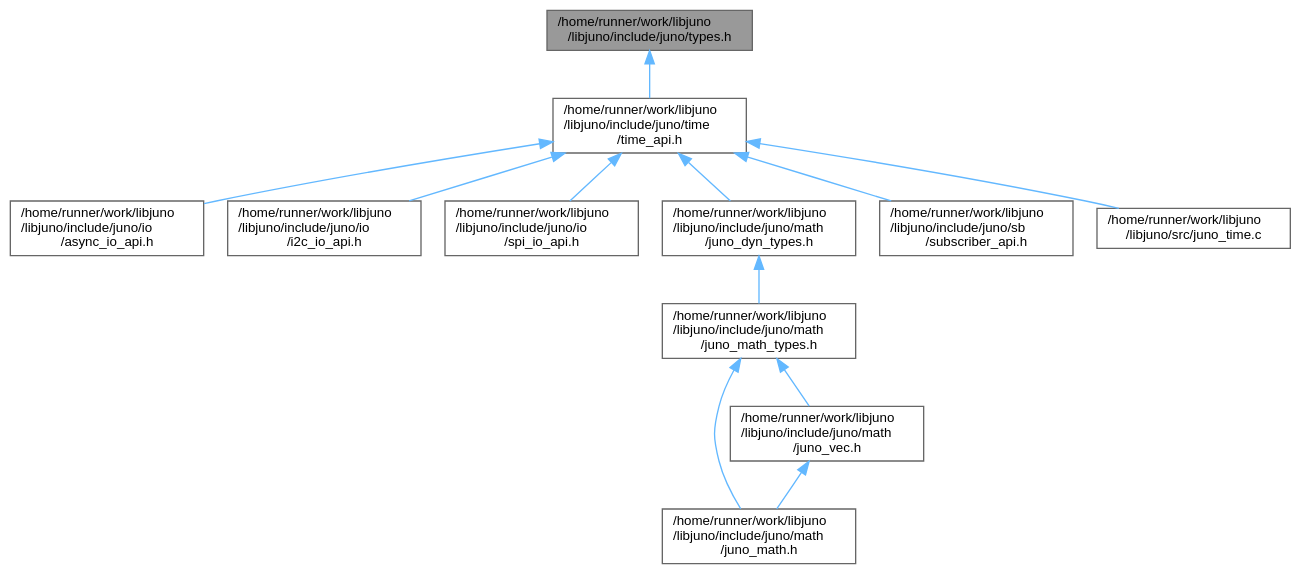
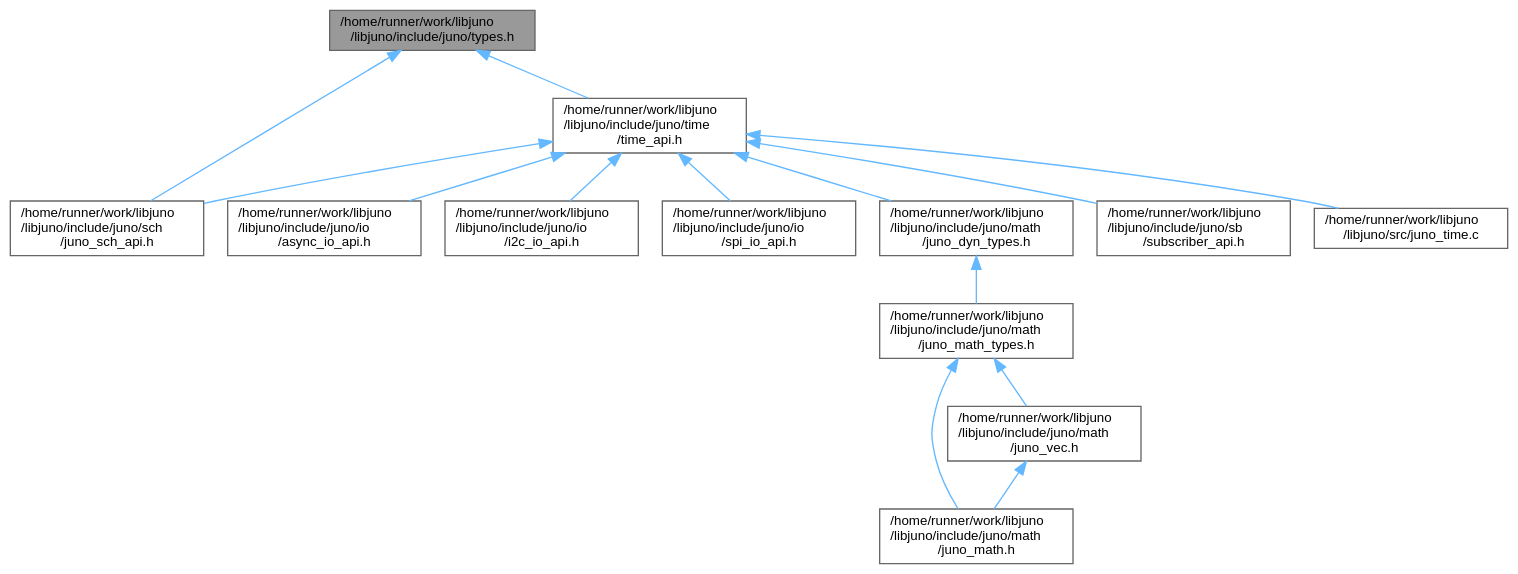
Before and after one commit to robinonsay/libjuno: the diagram in types_8h__dep__incl.dot, drawn with Graphviz. The commit also changed 91 other files, not shown here.

```diff
--- a/types_8h__dep__incl.dot
+++ b/types_8h__dep__incl.dot
@@ -1,29 +1,32 @@
 digraph "/home/runner/work/libjuno/libjuno/include/juno/types.h"
 {
  // LATEX_PDF_SIZE
   bgcolor="transparent";
   edge [fontname=Helvetica,fontsize=10,labelfontname=Helvetica,labelfontsize=10];
   node [fontname=Helvetica,fontsize=10,shape=box,height=0.2,width=0.4];
   Node1 [id="Node000001",label="/home/runner/work/libjuno\l/libjuno/include/juno/types.h",height=0.2,width=0.4,color="gray40", fillcolor="grey60", style="filled", fontcolor="black",tooltip=" "];
   Node1 -> Node2 [id="edge1_Node000001_Node000002",dir="back",color="steelblue1",style="solid",tooltip=" "];
-  Node2 [id="Node000002",label="/home/runner/work/libjuno\l/libjuno/include/juno/time\l/time_api.h",height=0.2,width=0.4,color="grey40", fillcolor="white", style="filled",URL="$time__api_8h.html",tooltip=" "];
-  Node2 -> Node3 [id="edge2_Node000002_Node000003",dir="back",color="steelblue1",style="solid",tooltip=" "];
-  Node3 [id="Node000003",label="/home/runner/work/libjuno\l/libjuno/include/juno/io\l/async_io_api.h",height=0.2,width=0.4,color="grey40", fillcolor="white", style="filled",URL="$async__io__api_8h.html",tooltip=" "];
-  Node2 -> Node4 [id="edge3_Node000002_Node000004",dir="back",color="steelblue1",style="solid",tooltip=" "];
-  Node4 [id="Node000004",label="/home/runner/work/libjuno\l/libjuno/include/juno/io\l/i2c_io_api.h",height=0.2,width=0.4,color="grey40", fillcolor="white", style="filled",URL="$i2c__io__api_8h.html",tooltip=" "];
-  Node2 -> Node5 [id="edge4_Node000002_Node000005",dir="back",color="steelblue1",style="solid",tooltip=" "];
-  Node5 [id="Node000005",label="/home/runner/work/libjuno\l/libjuno/include/juno/io\l/spi_io_api.h",height=0.2,width=0.4,color="grey40", fillcolor="white", style="filled",URL="$spi__io__api_8h.html",tooltip=" "];
-  Node2 -> Node6 [id="edge5_Node000002_Node000006",dir="back",color="steelblue1",style="solid",tooltip=" "];
-  Node6 [id="Node000006",label="/home/runner/work/libjuno\l/libjuno/include/juno/math\l/juno_dyn_types.h",height=0.2,width=0.4,color="grey40", fillcolor="white", style="filled",URL="$juno__dyn__types_8h.html",tooltip=" "];
-  Node6 -> Node7 [id="edge6_Node000006_Node000007",dir="back",color="steelblue1",style="solid",tooltip=" "];
-  Node7 [id="Node000007",label="/home/runner/work/libjuno\l/libjuno/include/juno/math\l/juno_math_types.h",height=0.2,width=0.4,color="grey40", fillcolor="white", style="filled",URL="$juno__math__types_8h.html",tooltip=" "];
+  Node2 [id="Node000002",label="/home/runner/work/libjuno\l/libjuno/include/juno/sch\l/juno_sch_api.h",height=0.2,width=0.4,color="grey40", fillcolor="white", style="filled",URL="$juno__sch__api_8h.html",tooltip=" "];
+  Node1 -> Node3 [id="edge2_Node000001_Node000003",dir="back",color="steelblue1",style="solid",tooltip=" "];
+  Node3 [id="Node000003",label="/home/runner/work/libjuno\l/libjuno/include/juno/time\l/time_api.h",height=0.2,width=0.4,color="grey40", fillcolor="white", style="filled",URL="$time__api_8h.html",tooltip=" "];
+  Node3 -> Node4 [id="edge3_Node000003_Node000004",dir="back",color="steelblue1",style="solid",tooltip=" "];
+  Node4 [id="Node000004",label="/home/runner/work/libjuno\l/libjuno/include/juno/io\l/async_io_api.h",height=0.2,width=0.4,color="grey40", fillcolor="white", style="filled",URL="$async__io__api_8h.html",tooltip=" "];
+  Node3 -> Node5 [id="edge4_Node000003_Node000005",dir="back",color="steelblue1",style="solid",tooltip=" "];
+  Node5 [id="Node000005",label="/home/runner/work/libjuno\l/libjuno/include/juno/io\l/i2c_io_api.h",height=0.2,width=0.4,color="grey40", fillcolor="white", style="filled",URL="$i2c__io__api_8h.html",tooltip=" "];
+  Node3 -> Node6 [id="edge5_Node000003_Node000006",dir="back",color="steelblue1",style="solid",tooltip=" "];
+  Node6 [id="Node000006",label="/home/runner/work/libjuno\l/libjuno/include/juno/io\l/spi_io_api.h",height=0.2,width=0.4,color="grey40", fillcolor="white", style="filled",URL="$spi__io__api_8h.html",tooltip=" "];
+  Node3 -> Node7 [id="edge6_Node000003_Node000007",dir="back",color="steelblue1",style="solid",tooltip=" "];
+  Node7 [id="Node000007",label="/home/runner/work/libjuno\l/libjuno/include/juno/math\l/juno_dyn_types.h",height=0.2,width=0.4,color="grey40", fillcolor="white", style="filled",URL="$juno__dyn__types_8h.html",tooltip=" "];
   Node7 -> Node8 [id="edge7_Node000007_Node000008",dir="back",color="steelblue1",style="solid",tooltip=" "];
-  Node8 [id="Node000008",label="/home/runner/work/libjuno\l/libjuno/include/juno/math\l/juno_math.h",height=0.2,width=0.4,color="grey40", fillcolor="white", style="filled",URL="$juno__math_8h.html",tooltip=" "];
-  Node7 -> Node9 [id="edge8_Node000007_Node000009",dir="back",color="steelblue1",style="solid",tooltip=" "];
-  Node9 [id="Node000009",label="/home/runner/work/libjuno\l/libjuno/include/juno/math\l/juno_vec.h",height=0.2,width=0.4,color="grey40", fillcolor="white", style="filled",URL="$juno__vec_8h.html",tooltip=" "];
-  Node9 -> Node8 [id="edge9_Node000009_Node000008",dir="back",color="steelblue1",style="solid",tooltip=" "];
-  Node2 -> Node10 [id="edge10_Node000002_Node000010",dir="back",color="steelblue1",style="solid",tooltip=" "];
-  Node10 [id="Node000010",label="/home/runner/work/libjuno\l/libjuno/include/juno/sb\l/subscriber_api.h",height=0.2,width=0.4,color="grey40", fillcolor="white", style="filled",URL="$subscriber__api_8h.html",tooltip=" "];
-  Node2 -> Node11 [id="edge11_Node000002_Node000011",dir="back",color="steelblue1",style="solid",tooltip=" "];
-  Node11 [id="Node000011",label="/home/runner/work/libjuno\l/libjuno/src/juno_time.c",height=0.2,width=0.4,color="grey40", fillcolor="white", style="filled",URL="$juno__time_8c.html",tooltip=" "];
+  Node8 [id="Node000008",label="/home/runner/work/libjuno\l/libjuno/include/juno/math\l/juno_math_types.h",height=0.2,width=0.4,color="grey40", fillcolor="white", style="filled",URL="$juno__math__types_8h.html",tooltip=" "];
+  Node8 -> Node9 [id="edge8_Node000008_Node000009",dir="back",color="steelblue1",style="solid",tooltip=" "];
+  Node9 [id="Node000009",label="/home/runner/work/libjuno\l/libjuno/include/juno/math\l/juno_math.h",height=0.2,width=0.4,color="grey40", fillcolor="white", style="filled",URL="$juno__math_8h.html",tooltip=" "];
+  Node8 -> Node10 [id="edge9_Node000008_Node000010",dir="back",color="steelblue1",style="solid",tooltip=" "];
+  Node10 [id="Node000010",label="/home/runner/work/libjuno\l/libjuno/include/juno/math\l/juno_vec.h",height=0.2,width=0.4,color="grey40", fillcolor="white", style="filled",URL="$juno__vec_8h.html",tooltip=" "];
+  Node10 -> Node9 [id="edge10_Node000010_Node000009",dir="back",color="steelblue1",style="solid",tooltip=" "];
+  Node3 -> Node11 [id="edge11_Node000003_Node000011",dir="back",color="steelblue1",style="solid",tooltip=" "];
+  Node11 [id="Node000011",label="/home/runner/work/libjuno\l/libjuno/include/juno/sb\l/subscriber_api.h",height=0.2,width=0.4,color="grey40", fillcolor="white", style="filled",URL="$subscriber__api_8h.html",tooltip=" "];
+  Node3 -> Node2 [id="edge12_Node000003_Node000002",dir="back",color="steelblue1",style="solid",tooltip=" "];
+  Node3 -> Node12 [id="edge13_Node000003_Node000012",dir="back",color="steelblue1",style="solid",tooltip=" "];
+  Node12 [id="Node000012",label="/home/runner/work/libjuno\l/libjuno/src/juno_time.c",height=0.2,width=0.4,color="grey40", fillcolor="white", style="filled",URL="$juno__time_8c.html",tooltip=" "];
 }
```
